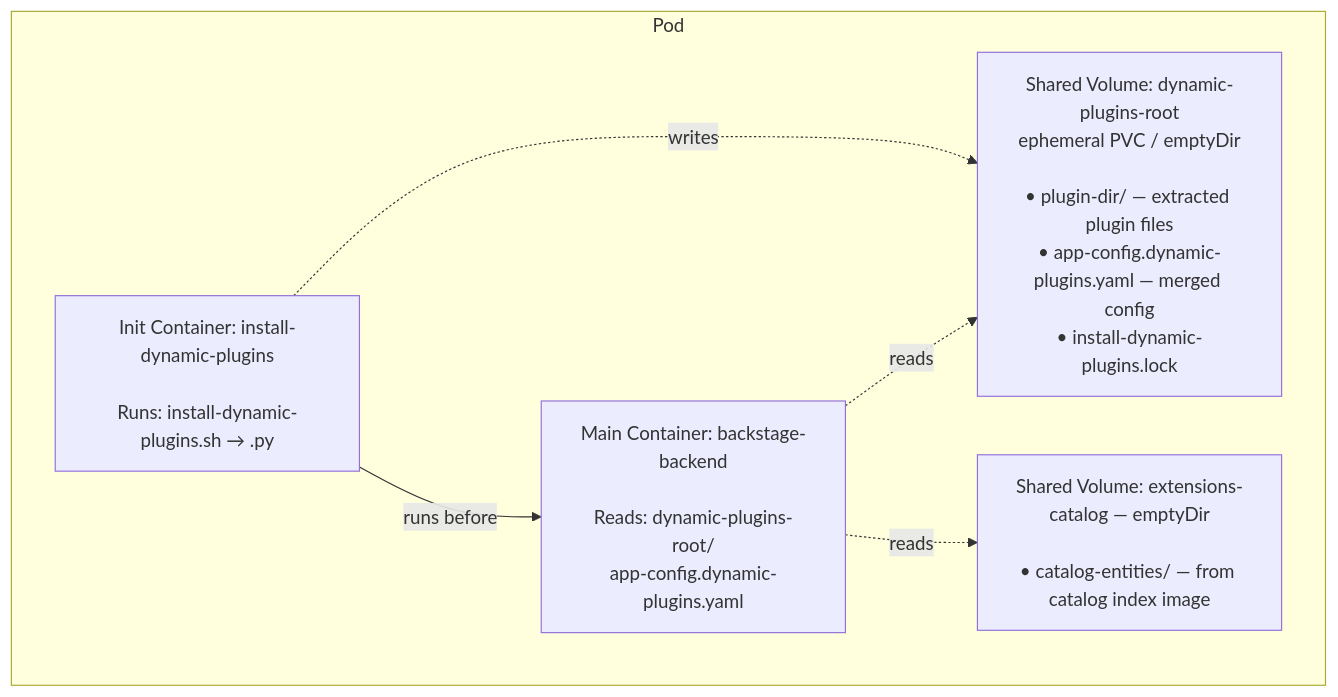
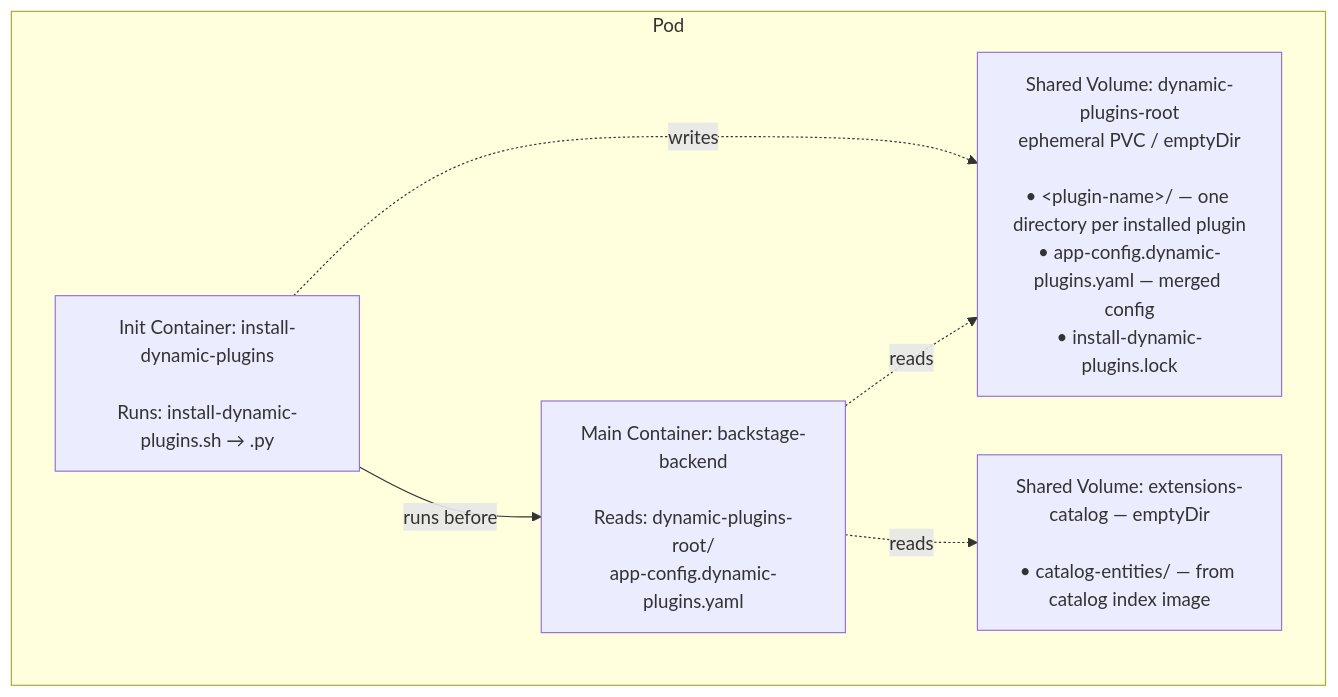
One commit to redhat-developer/rhdh changed the first of 2 diagrams in docs/architecture/dynamic-plugin-loading.md. Above: the diagram before and after it, drawn with Mermaid.

Commit message:
docs: fix misleading plugin-dir label in architecture diagram
The diagram showed "plugin-dir/" as a single subdirectory, but each
plugin gets its own directory directly under dynamic-plugins-root/.

````diff
--- a/docs/architecture/dynamic-plugin-loading.md
+++ b/docs/architecture/dynamic-plugin-loading.md
@@ -9,13 +9,13 @@
 ```mermaid
 flowchart TB
     subgraph pod["Pod"]
         init["Init Container: install-dynamic-plugins<br><br>Runs: install-dynamic-plugins.sh → .py"]
         main["Main Container: backstage-backend<br><br>Reads: dynamic-plugins-root/<br>app-config.dynamic-plugins.yaml"]
         init -->|runs before| main
-        vol1["Shared Volume: dynamic-plugins-root<br>ephemeral PVC / emptyDir<br><br>• plugin-dir/ — extracted plugin files<br>• app-config.dynamic-plugins.yaml — merged config<br>• install-dynamic-plugins.lock"]
+        vol1["Shared Volume: dynamic-plugins-root<br>ephemeral PVC / emptyDir<br><br>• &lt;plugin-name&gt;/ — one directory per installed plugin<br>• app-config.dynamic-plugins.yaml — merged config<br>• install-dynamic-plugins.lock"]
         vol2["Shared Volume: extensions-catalog — emptyDir<br><br>• catalog-entities/ — from catalog index image"]
         init -.->|writes| vol1
         main -.->|reads| vol1
         main -.->|reads| vol2
     end
 ```
````
